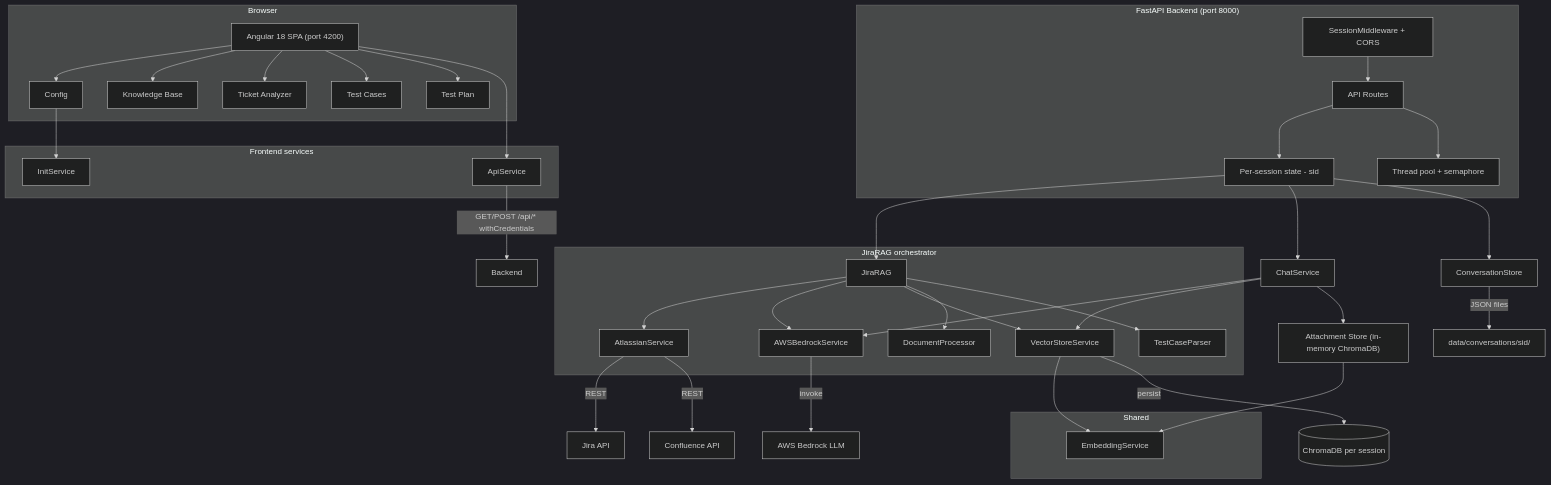
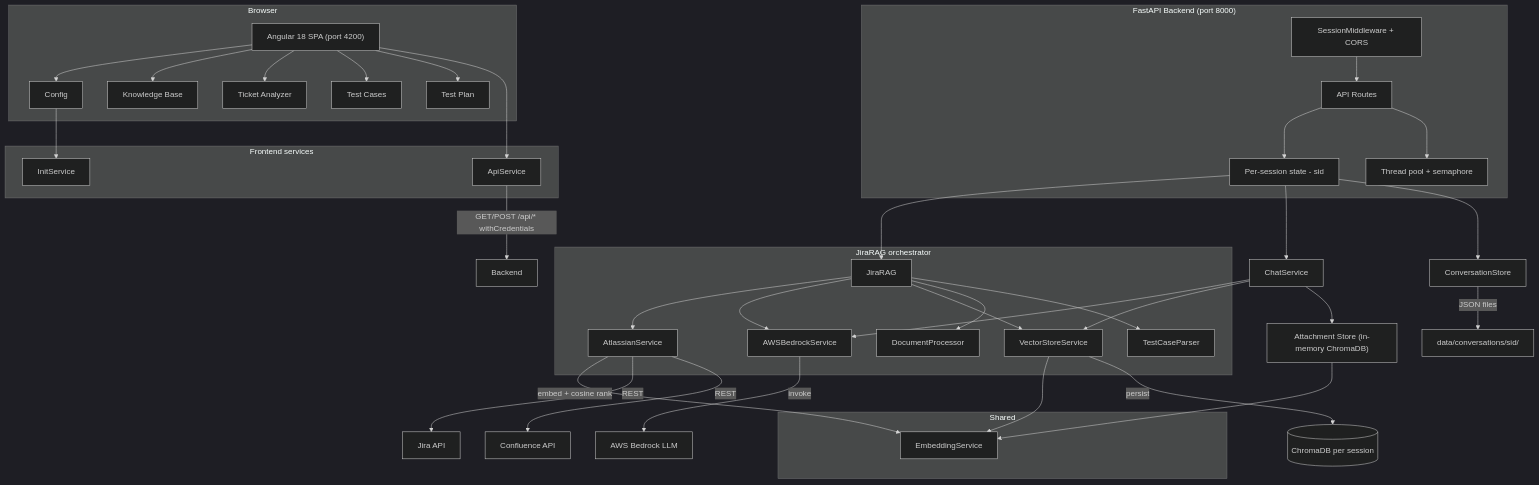
One commit to sunnydas1992/AI_Assistant_Angular changed the first of 2 diagrams in docs/ARCHITECTURE.md. Above: the diagram before and after it, drawn with Mermaid (dark theme). The commit also changed other lines of this file and 3 other files, not shown here.

````diff
--- a/docs/ARCHITECTURE.md
+++ b/docs/ARCHITECTURE.md
@@ -9,64 +9,65 @@
 ```mermaid
 flowchart TB
   subgraph browser [Browser]
     Angular["Angular 18 SPA (port 4200)"]
     Config[Config]
     KB[Knowledge Base]
     TA[Ticket Analyzer]
     TC[Test Cases]
     TP[Test Plan]
     Angular --> Config
     Angular --> KB
     Angular --> TA
     Angular --> TC
     Angular --> TP
   end
 
   subgraph frontend_services [Frontend services]
     ApiService[ApiService]
     InitService[InitService]
   end
 
   Angular --> ApiService
   Config --> InitService
   ApiService -->|"GET/POST /api/* withCredentials"| Backend
 
   subgraph backend ["FastAPI Backend (port 8000)"]
     Middleware[SessionMiddleware + CORS]
     Routes[API Routes]
     SessionState["Per-session state - sid"]
     ThreadPool[Thread pool + semaphore]
     Middleware --> Routes
     Routes --> SessionState
     Routes --> ThreadPool
   end
 
   SessionState --> RAG[JiraRAG]
   SessionState --> Chat[ChatService]
   SessionState --> ConvStore[ConversationStore]
 
   subgraph jira_rag [JiraRAG orchestrator]
     RAG --> Atlassian[AtlassianService]
     RAG --> Bedrock[AWSBedrockService]
     RAG --> VectorStore[VectorStoreService]
     RAG --> DocProc[DocumentProcessor]
     RAG --> Parser[TestCaseParser]
   end
 
   Chat --> Bedrock
   Chat --> VectorStore
   Chat --> AttStore["Attachment Store (in-memory ChromaDB)"]
   AttStore --> EmbeddingService
 
   subgraph shared [Shared]
     EmbeddingService[EmbeddingService]
   end
 
   VectorStore --> EmbeddingService
+  Atlassian -->|"embed + cosine rank"| EmbeddingService
 
   Atlassian -->|"REST"| JiraAPI[Jira API]
   Atlassian -->|"REST"| ConfluenceAPI[Confluence API]
   Bedrock -->|"invoke"| AWSBedrock[AWS Bedrock LLM]
   VectorStore -->|"persist"| ChromaDB[(ChromaDB per session)]
   ConvStore -->|"JSON files"| FS["data/conversations/sid/"]
 ```
````
